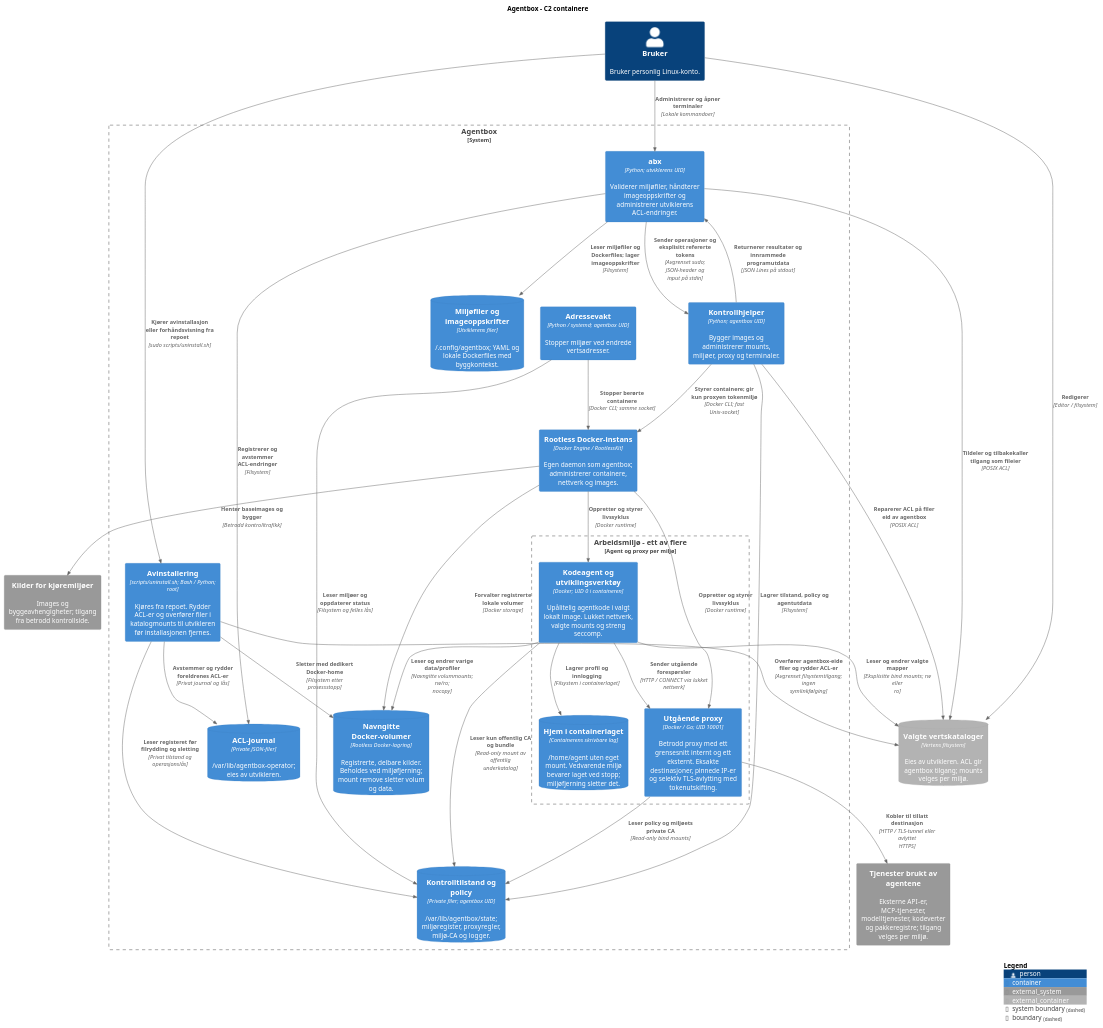
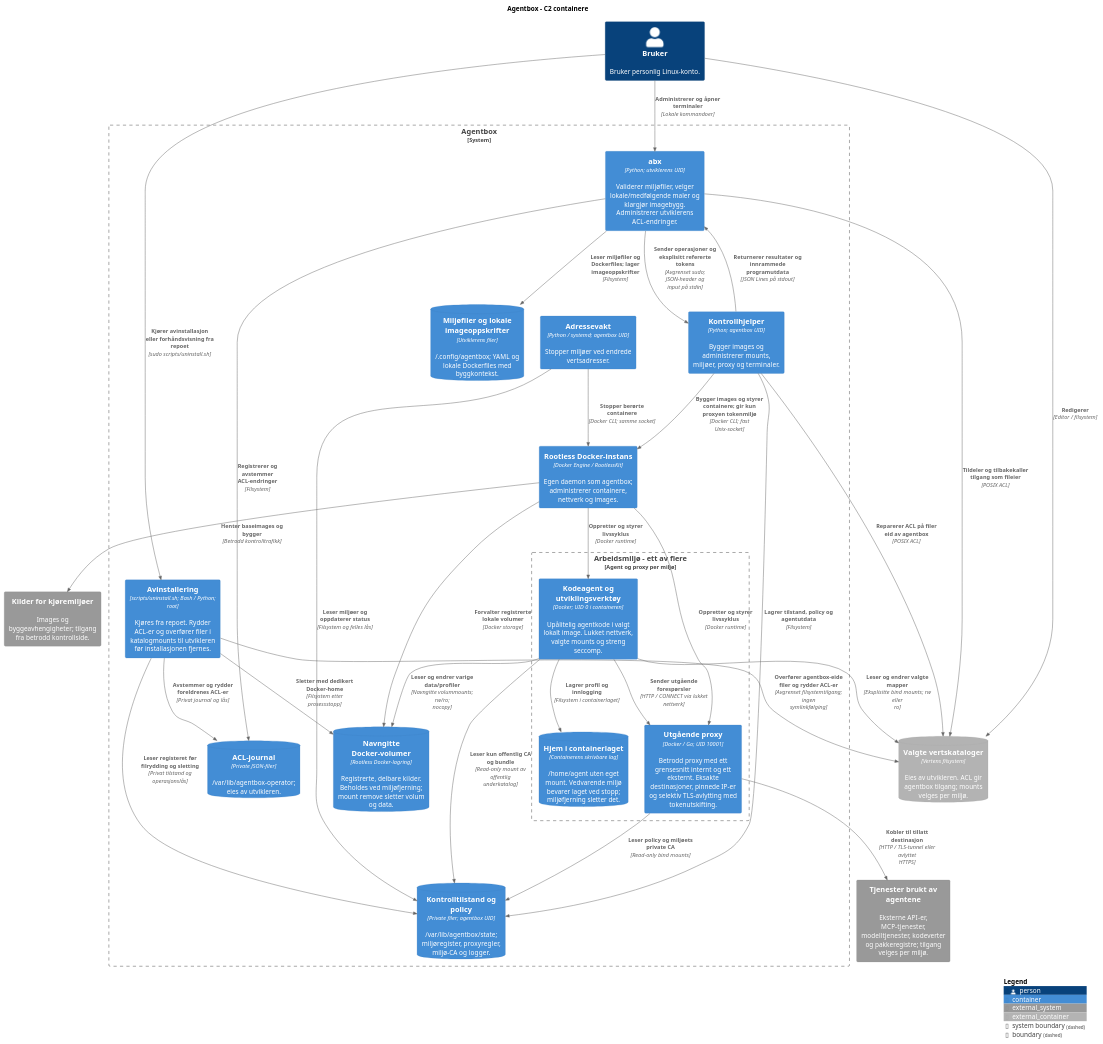
Before and after one commit to oisteink/agentbox: the second of 3 diagrams in docs/architecture-c4.md, drawn with PlantUML. The commit also changed other lines of this file and 38 other files, not shown here.

````diff
--- a/docs/architecture-c4.md
+++ b/docs/architecture-c4.md
@@ -59,60 +59,60 @@
 ```plantuml
 @startuml agentbox-containers
 !include <C4/C4_Container>
 LAYOUT_TOP_DOWN()
 title Agentbox - C2 containere
 
 Person(developer, "Bruker", "Bruker personlig Linux-konto.")
 ContainerDb_Ext(directories, "Valgte vertskataloger", "Vertens filsystem", "Eies av utvikleren. ACL gir agentbox tilgang; mounts velges per miljø.")
 System_Ext(services, "Tjenester brukt av agentene", "Eksterne API-er, MCP-tjenester, modelltjenester, kodeverter og pakkeregistre; tilgang velges per miljø.")
 System_Ext(registry, "Kilder for kjøremiljøer", "Images og byggeavhengigheter; tilgang fra betrodd kontrollside.")
 
 System_Boundary(agentbox, "Agentbox") {
-    Container(cli, "abx", "Python; utviklerens UID", "Validerer miljøfiler, håndterer imageoppskrifter og administrerer utviklerens ACL-endringer.")
-    ContainerDb(recipes, "Miljøfiler og imageoppskrifter", "Utviklerens filer", "~/.config/agentbox; YAML og lokale Dockerfiles med byggkontekst.")
+    Container(cli, "abx", "Python; utviklerens UID", "Validerer miljøfiler, velger lokale/medfølgende maler og klargjør imagebygg. Administrerer utviklerens ACL-endringer.")
+    ContainerDb(recipes, "Miljøfiler og lokale imageoppskrifter", "Utviklerens filer", "~/.config/agentbox; YAML og lokale Dockerfiles med byggkontekst.")
     ContainerDb(journal, "ACL-journal", "Private JSON-filer", "/var/lib/agentbox-operator; eies av utvikleren.")
     Container(control, "Kontrollhjelper", "Python; agentbox UID", "Bygger images og administrerer mounts, miljøer, proxy og terminaler.")
     Container(uninstall, "Avinstallering", "scripts/uninstall.sh; Bash / Python; root", "Kjøres fra repoet. Rydder ACL-er og overfører filer i katalogmounts til utvikleren før installasjonen fjernes. ")
     Container(watch, "Adressevakt", "Python / systemd; agentbox UID", "Stopper miljøer ved endrede vertsadresser.")
     ContainerDb(volumes, "Navngitte Docker-volumer", "Rootless Docker-lagring", "Registrerte, delbare kilder. Beholdes ved miljøfjerning; mount remove sletter volum og data.")
     ContainerDb(state, "Kontrolltilstand og policy", "Private filer; agentbox UID", "/var/lib/agentbox/state; miljøregister, proxyregler, miljø-CA og logger.")
     Container(docker, "Rootless Docker-instans", "Docker Engine / RootlessKit", "Egen daemon som agentbox; administrerer containere, nettverk og images.")
 
     Boundary(environment, "Arbeidsmiljø - ett av flere", "Agent og proxy per miljø") {
         Container(agent, "Kodeagent og utviklingsverktøy", "Docker; UID 0 i containeren", "Upålitelig agentkode i valgt lokalt image. Lukket nettverk, valgte mounts og streng seccomp.")
         Container(proxy, "Utgående proxy", "Docker / Go; UID 10001", "Betrodd proxy med ett grensesnitt internt og ett eksternt. Eksakte destinasjoner, pinnede IP-er og selektiv TLS-avlytting med tokenutskifting.")
         ContainerDb(home, "Hjem i containerlaget", "Containerens skrivbare lag", "/home/agent uten eget mount. Vedvarende miljø bevarer laget ved stopp; miljøfjerning sletter det.")
     }
 }
 
 Rel(developer, cli, "Administrerer og åpner terminaler", "Lokale kommandoer")
 Rel(developer, directories, "Redigerer", "Editor / filsystem")
 Rel(cli, recipes, "Leser miljøfiler og Dockerfiles; lager imageoppskrifter", "Filsystem")
 Rel(cli, journal, "Registrerer og avstemmer ACL-endringer", "Filsystem")
 Rel(cli, directories, "Tildeler og tilbakekaller tilgang som fileier", "POSIX ACL")
 Rel(cli, control, "Sender operasjoner og eksplisitt refererte tokens", "Avgrenset sudo; JSON-header og input på stdin")
 Rel(control, cli, "Returnerer resultater og innrammede programutdata", "JSON Lines på stdout")
 Rel(developer, uninstall, "Kjører avinstallasjon eller forhåndsvisning fra repoet", "sudo scripts/uninstall.sh")
 Rel(uninstall, directories, "Overfører agentbox-eide filer og rydder ACL-er", "Avgrenset filsystemtilgang; ingen symlinkfølging")
 Rel(uninstall, state, "Leser registeret før filrydding og sletting", "Privat tilstand og operasjonslås")
 Rel(uninstall, journal, "Avstemmer og rydder foreldrenes ACL-er", "Privat journal og lås")
 Rel(control, directories, "Reparerer ACL på filer eid av agentbox", "POSIX ACL")
 Rel(control, state, "Lagrer tilstand, policy og agentutdata", "Filsystem")
 Rel(watch, state, "Leser miljøer og oppdaterer status", "Filsystem og felles lås")
-Rel(control, docker, "Styrer containere; gir kun proxyen tokenmiljø", "Docker CLI; fast Unix-socket")
+Rel(control, docker, "Bygger images og styrer containere; gir kun proxyen tokenmiljø", "Docker CLI; fast Unix-socket")
 Rel(watch, docker, "Stopper berørte containere", "Docker CLI; samme socket")
 Rel(docker, agent, "Oppretter og styrer livssyklus", "Docker runtime")
 Rel(docker, proxy, "Oppretter og styrer livssyklus", "Docker runtime")
 Rel(docker, registry, "Henter baseimages og bygger", "Betrodd kontrolltrafikk")
 Rel(agent, directories, "Leser og endrer valgte mapper", "Eksplisitte bind mounts; rw eller ro")
 Rel(docker, volumes, "Forvalter registrerte lokale volumer", "Docker storage")
 Rel(agent, volumes, "Leser og endrer varige data/profiler", "Navngitte volummounts; rw/ro; nocopy")
 Rel(uninstall, volumes, "Sletter med dedikert Docker-home", "Filsystem etter prosessstopp")
 Rel(agent, home, "Lagrer profil og innlogging", "Filsystem i containerlaget")
 Rel(agent, proxy, "Sender utgående forespørsler", "HTTP / CONNECT via lukket nettverk")
 Rel(proxy, state, "Leser policy og miljøets private CA", "Read-only bind mounts")
 Rel(agent, state, "Leser kun offentlig CA og bundle", "Read-only mount av offentlig underkatalog")
 Rel(proxy, services, "Kobler til tillatt destinasjon", "HTTP / TLS-tunnel eller avlyttet HTTPS")
 SHOW_LEGEND()
 @enduml
 ```
````
